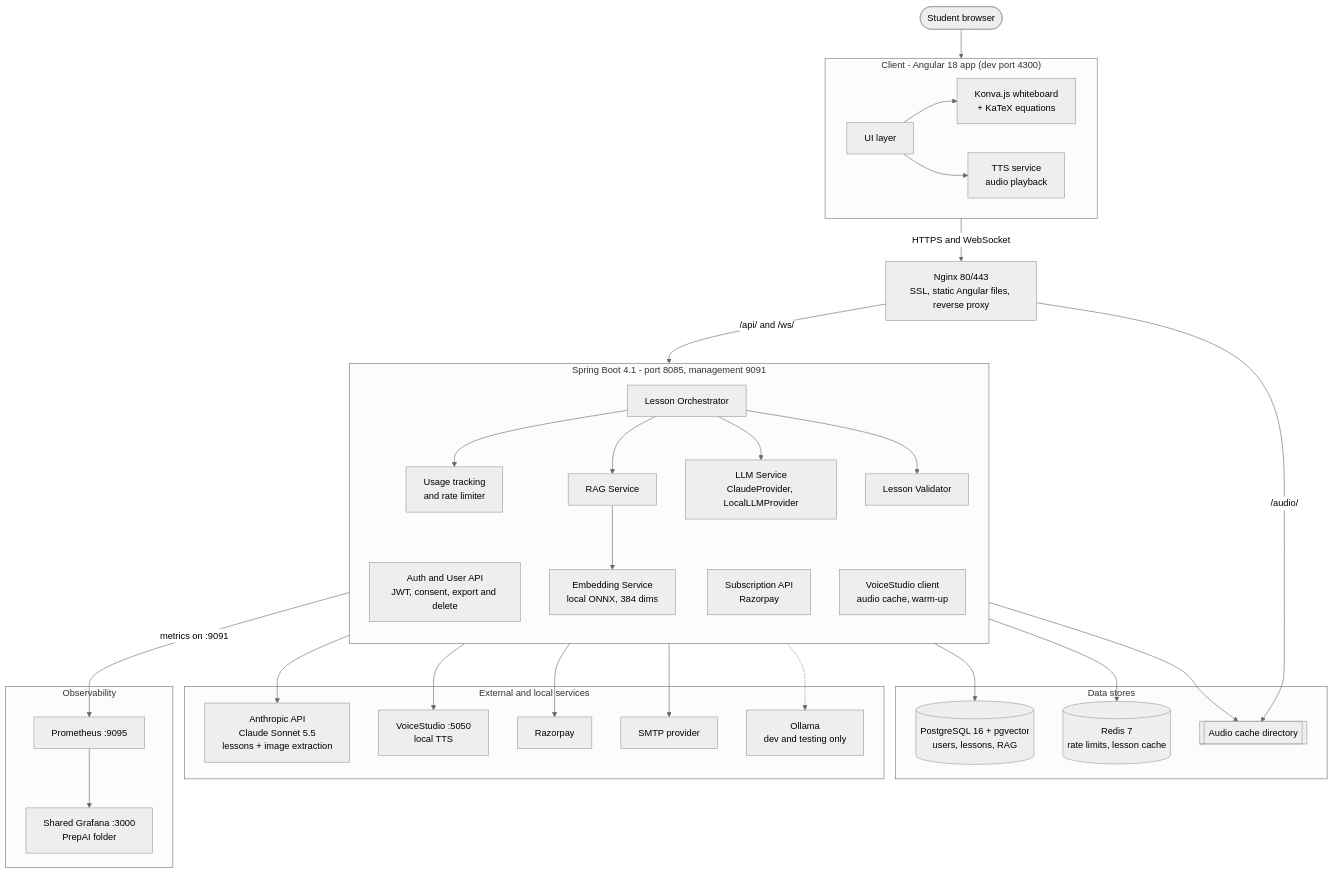
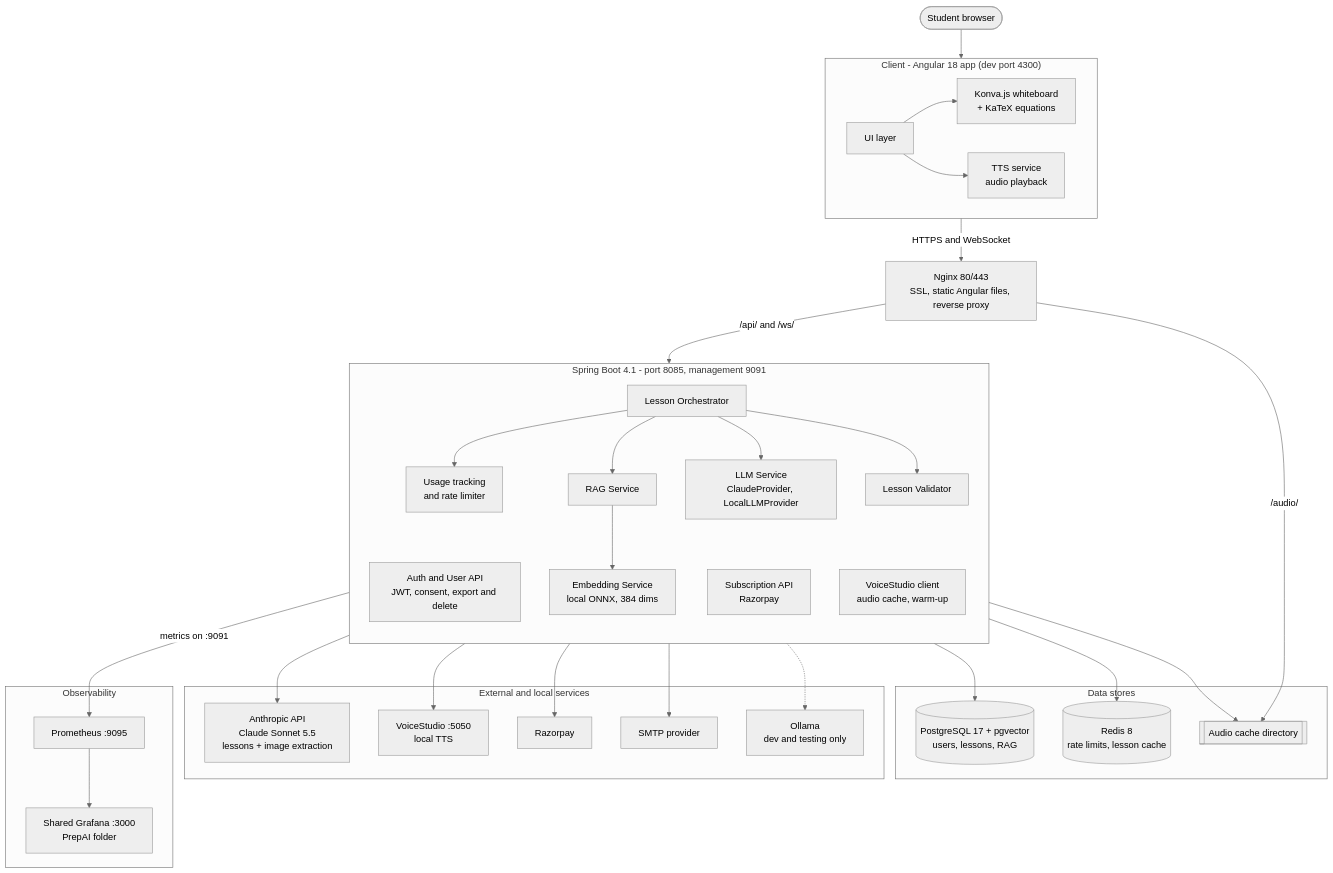
Before and after one commit to ocjpkrishna/prepai: the first of 10 diagrams in prepai-spec.md, drawn with Mermaid (neutral theme). The commit also changed other lines of this file and 1 other file, not shown here.

First line of the commit message:
Use PostgreSQL 17 and Redis 8 (installed on the VPS)

````diff
--- a/prepai-spec.md
+++ b/prepai-spec.md
@@ -120,69 +121,69 @@
 ```mermaid
 flowchart TB
     user(["Student browser"])
 
     subgraph client["Client - Angular 18 app (dev port 4300)"]
         direction LR
         ui["UI layer"]
         wb["Konva.js whiteboard<br/>+ KaTeX equations"]
         ttsc["TTS service<br/>audio playback"]
         ui --> wb
         ui --> ttsc
     end
 
     nginx["Nginx 80/443<br/>SSL, static Angular files, reverse proxy"]
 
     subgraph backend["Spring Boot 4.1 - port 8085, management 9091"]
         direction TB
         auth["Auth and User API<br/>JWT, consent, export and delete"]
         sub["Subscription API<br/>Razorpay"]
         orch["Lesson Orchestrator"]
         limiter["Usage tracking<br/>and rate limiter"]
         llm["LLM Service<br/>ClaudeProvider, LocalLLMProvider"]
         valid["Lesson Validator"]
         rag["RAG Service"]
         embed["Embedding Service<br/>local ONNX, 384 dims"]
         vsc["VoiceStudio client<br/>audio cache, warm-up"]
         orch --> limiter
         orch --> rag
         orch --> llm
         orch --> valid
         rag --> embed
     end
 
     subgraph stores["Data stores"]
-        pg[("PostgreSQL 16 + pgvector<br/>users, lessons, RAG")]
-        redis[("Redis 7<br/>rate limits, lesson cache")]
+        pg[("PostgreSQL 17 + pgvector<br/>users, lessons, RAG")]
+        redis[("Redis 8<br/>rate limits, lesson cache")]
         audio[["Audio cache directory"]]
     end
 
     subgraph ext["External and local services"]
         claude["Anthropic API<br/>Claude Sonnet 5.5<br/>lessons + image extraction"]
         vs["VoiceStudio :5050<br/>local TTS"]
         razor["Razorpay"]
         smtp["SMTP provider"]
         ollama["Ollama<br/>dev and testing only"]
     end
 
     subgraph obs["Observability"]
         prom["Prometheus :9095"]
         graf["Shared Grafana :3000<br/>PrepAI folder"]
     end
 
     user --> client
     client -->|"HTTPS and WebSocket"| nginx
     nginx -->|"/api/ and /ws/"| backend
     nginx -->|"/audio/"| audio
 
     backend --> pg
     backend --> redis
     auth --> smtp
     llm --> claude
     llm -.-> ollama
     sub --> razor
     vsc --> vs
     vsc --> audio
 
     backend -->|"metrics on :9091"| prom
     prom --> graf
 ```
````
